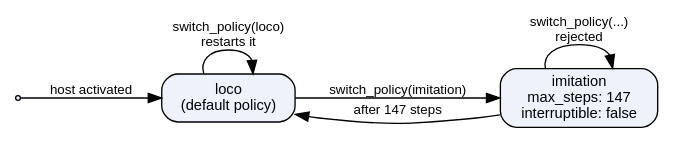
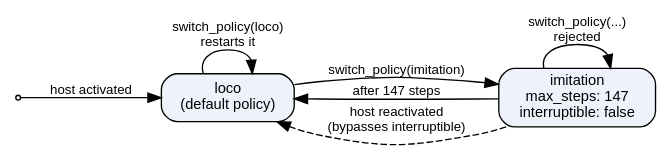
Before and after one commit to saikishor/ros2_policy_framework: the first of 2 diagrams in docs/policies.rst, drawn with Graphviz. The commit also changed other lines of this file, not shown here.

Commit message:
Show reactivation and the observed outputs in the policy diagrams and correct when policies are cleared

```diff
--- a/docs/policies.rst
+++ b/docs/policies.rst
@@ -28,15 +29,16 @@
 .. graphviz::
 
    digraph switching {
      rankdir=LR;
      node [shape=box, style="rounded,filled", fillcolor="#eef3fb", fontname="Helvetica", fontsize=11];
      edge [fontname="Helvetica", fontsize=10];
      start [shape=point];
      loco [label="loco\n(default policy)"];
      imitation [label="imitation\nmax_steps: 147\ninterruptible: false"];
      start -> loco [label="host activated"];
      loco -> imitation [label="switch_policy(imitation)"];
      imitation -> loco [label="after 147 steps"];
      imitation -> imitation [label="switch_policy(...)\nrejected"];
      loco -> loco [label="switch_policy(loco)\nrestarts it"];
+     imitation -> loco [label="host reactivated\n(bypasses interruptible)", style=dashed];
    }
```
